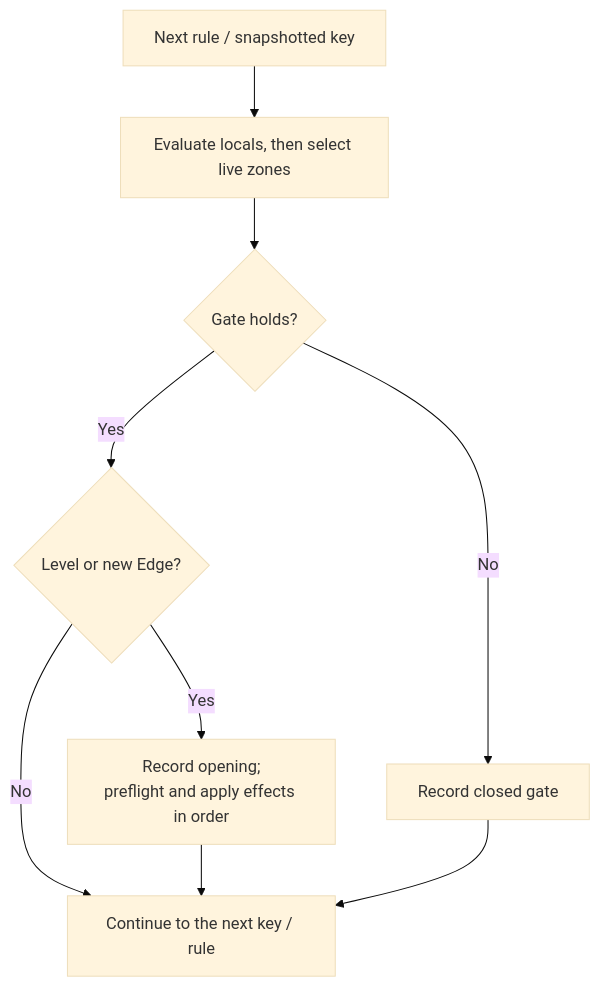
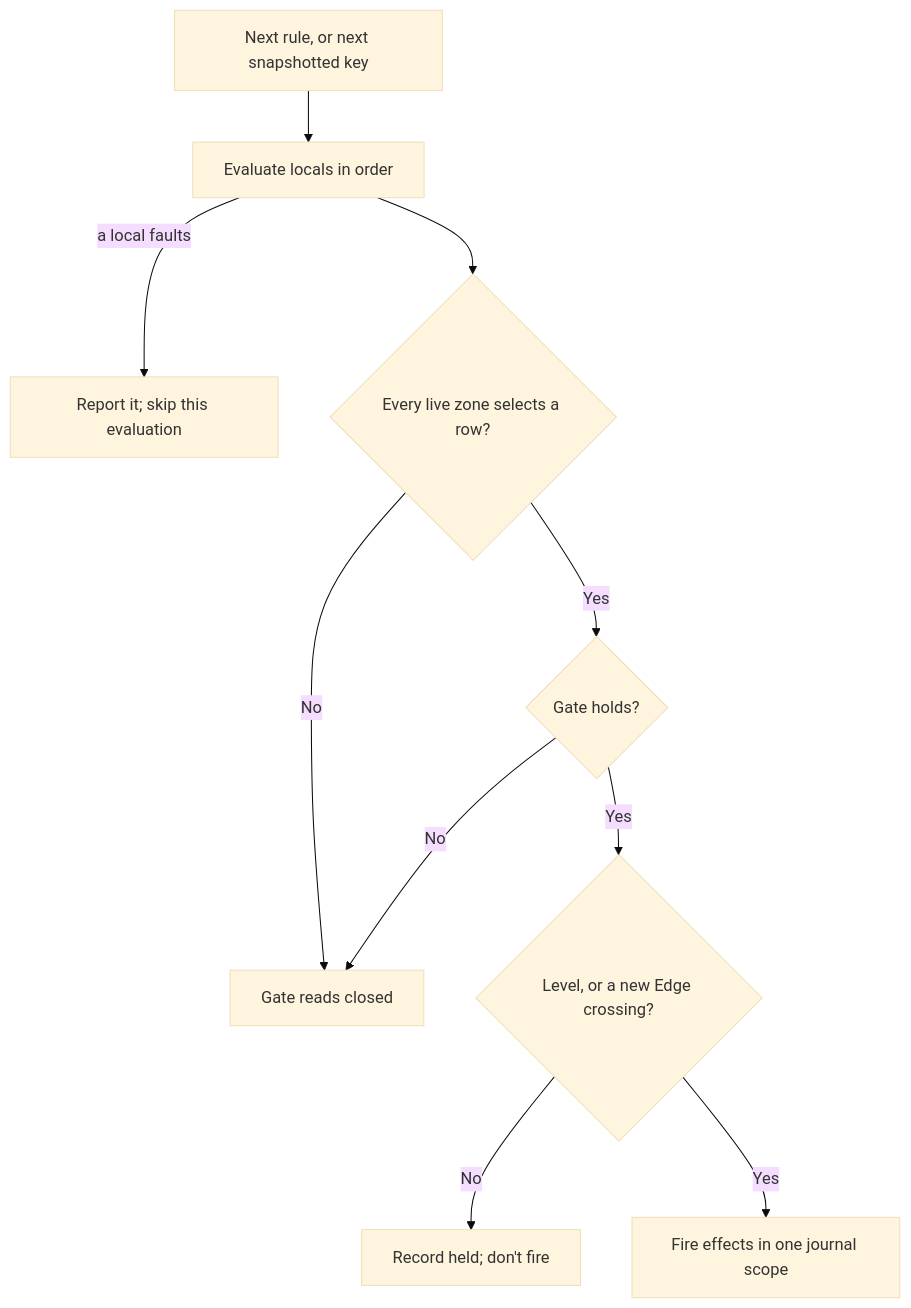
The first of 2 diagrams in docs/reference/state/rules.md (ByteTerrace/Puck), drawn with Mermaid (base theme) before and after one commit. The commit also changed other lines of this file and 4567 other files, not shown here.

````diff
--- a/docs/reference/state/rules.md
+++ b/docs/reference/state/rules.md
@@ -31,11 +221,12 @@
 ```mermaid
 flowchart TD
-    Begin["Next rule / snapshotted key"] --> Prepare["Evaluate locals, then select live zones"]
-    Prepare --> Gate{"Gate holds?"}
-    Gate -- No --> Closed["Record closed gate"]
-    Gate -- Yes --> Mode{"Level or new Edge?"}
-    Mode -- No --> Next["Continue to the next key / rule"]
-    Mode -- Yes --> Effects["Record opening;<br/>preflight and apply effects in order"]
-    Effects --> Next
-    Closed --> Next
+    Start["Next rule, or next snapshotted key"] --> Locals["Evaluate locals in order"]
+    Locals -->|a local faults| Idle["Report it; skip this evaluation"]
+    Locals --> Zones{"Every live zone selects a row?"}
+    Zones -- No --> Closed["Gate reads closed"]
+    Zones -- Yes --> Gate{"Gate holds?"}
+    Gate -- No --> Closed
+    Gate -- Yes --> Mode{"Level, or a new Edge crossing?"}
+    Mode -- No --> Held["Record held; don't fire"]
+    Mode -- Yes --> Fire["Fire effects in one journal scope"]
 ```
````
